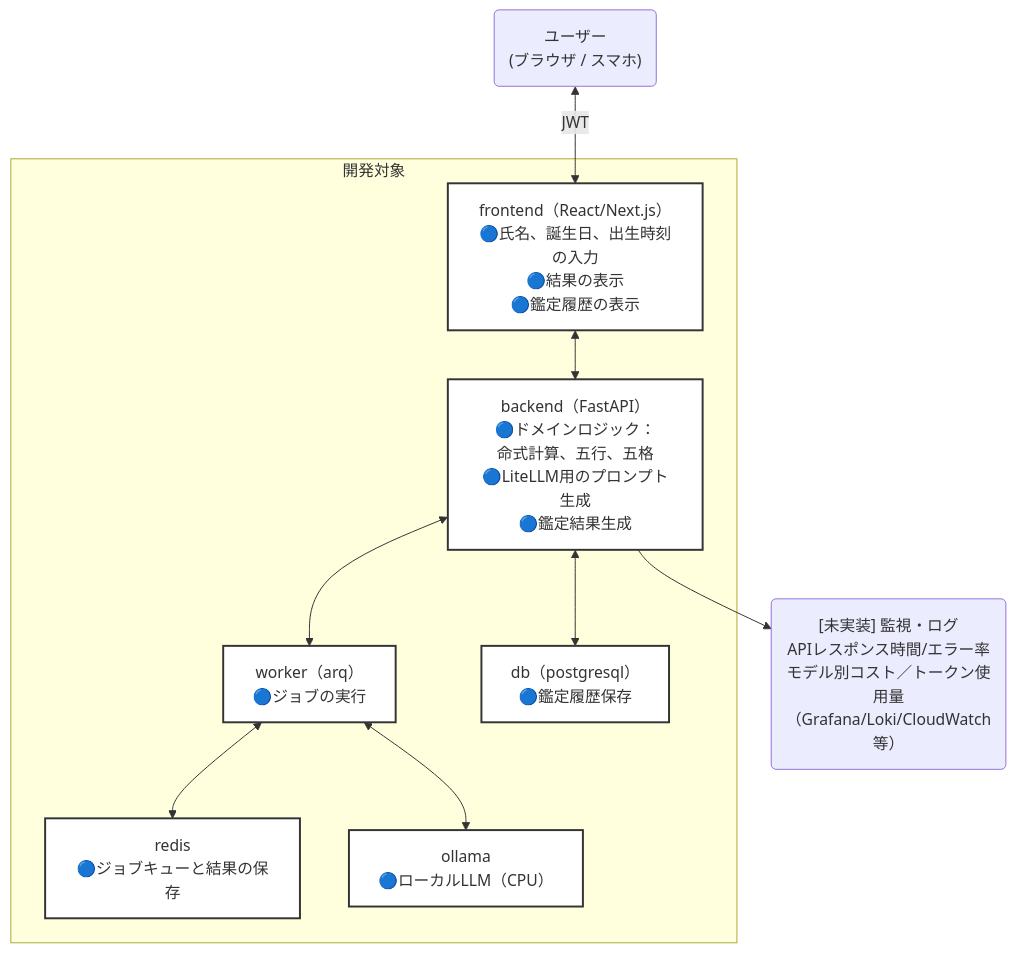
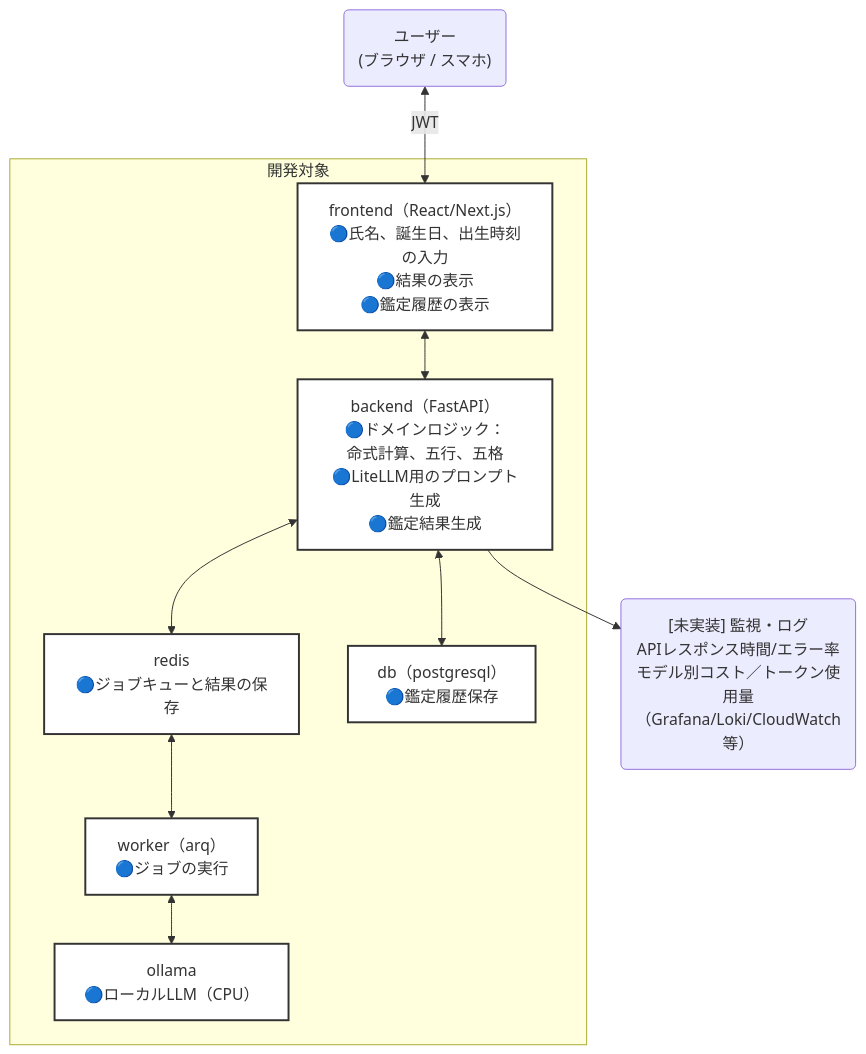
Before and after one commit to plaodas/fortunes: the diagram in README.md, drawn with Mermaid.

Commit message:
fix: update README flowchart to correct backend and redis connections
- Adjusted the flowchart in README to accurately represent the connections between backend, redis, and worker components.

````diff
--- a/README.md
+++ b/README.md
@@ -32,53 +32,53 @@
 ```mermaid
 flowchart TD
   %% ノード定義
   user("`ユーザー
     (ブラウザ / スマホ)
   `")
   subgraph 開発対象
     frontend["`frontend（React/Next.js）
       🔵氏名、誕生日、出生時刻の入力
       🔵結果の表示
       🔵鑑定履歴の表示
     `"]
     backend["`backend（FastAPI）
       🔵ドメインロジック：
         命式計算、五行、五格
       🔵LiteLLM用のプロンプト生成
       🔵鑑定結果生成
     `"]
     worker["`worker（arq）
       🔵ジョブの実行
     `"]
     redis["`redis
       🔵ジョブキューと結果の保存
     `"]
     db["`db（postgresql）
       🔵鑑定履歴保存
     `"]
     ollama["`ollama
       🔵ローカルLLM（CPU）
     `"]
   end
   monitor("`[未実装] 監視・ログ
     APIレスポンス時間/エラー率
     モデル別コスト／トークン使用量
     （Grafana/Loki/CloudWatch等）
   `")
 
   user <-->|JWT| frontend
   frontend <--> backend
-  backend <--> worker
-  worker <--> redis
+  backend <--> redis
+  redis <--> worker
   backend <--> db
   backend --> monitor
   worker <--> ollama
 
   %% 幅を指定するクラス定義（pxで指定）
 
   classDef wideCard stroke:#333,stroke-width:1px
   class * wideCard
   classDef dev fill:#fff,stroke:#333,stroke-width:2px,width:400px;text-align:center
   class frontend,backend,worker,redis,db,ollama dev
 
 ```
````
